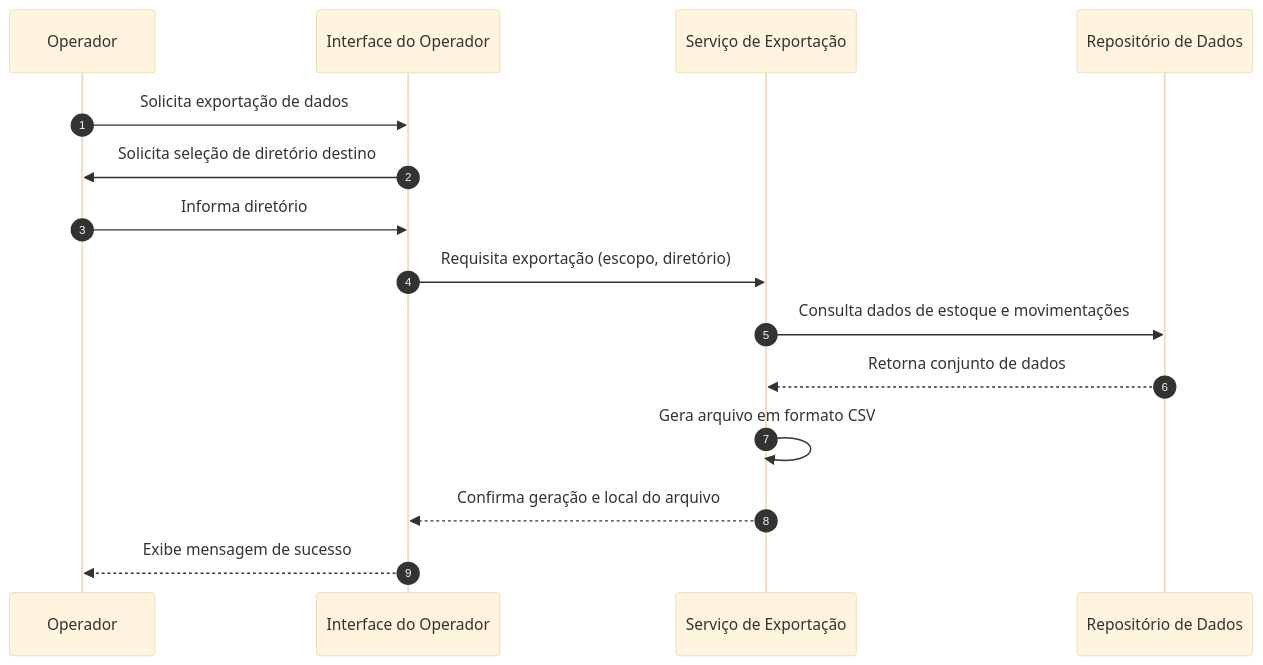
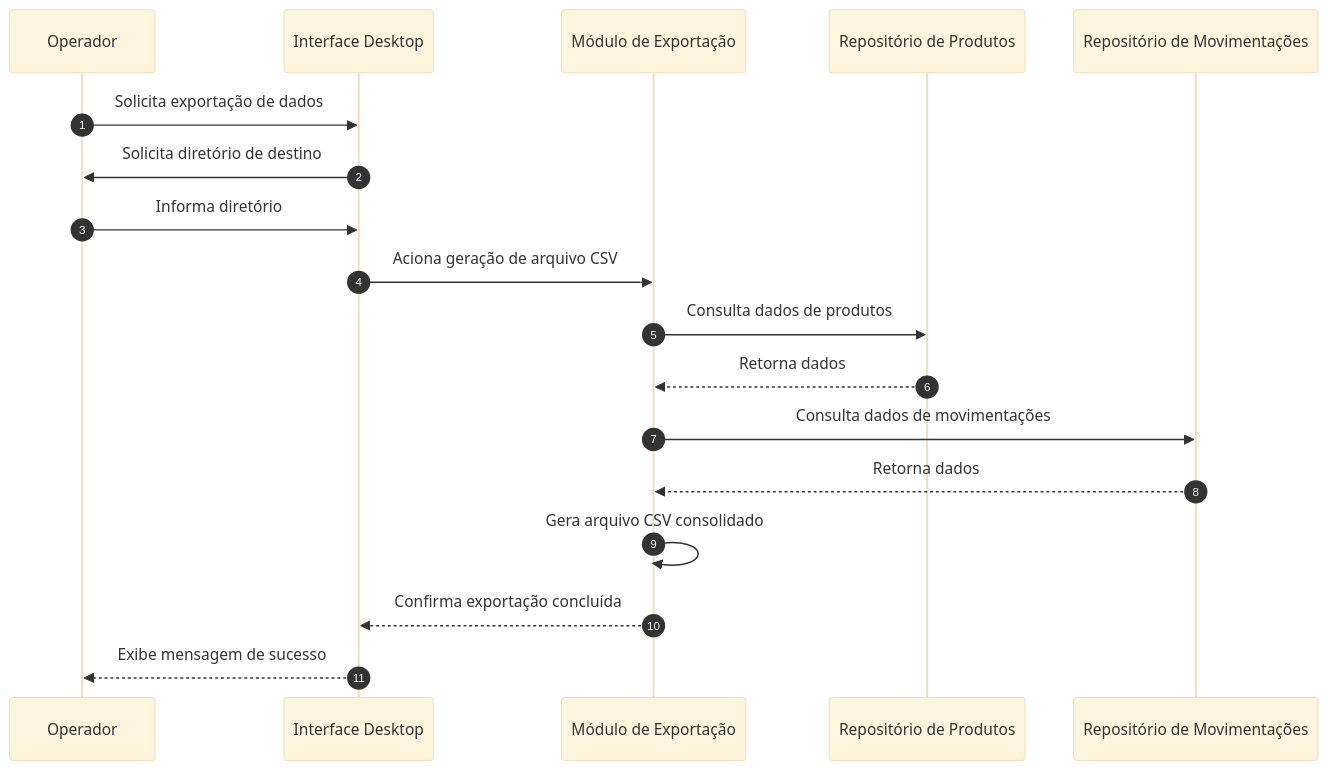
Before and after one commit to PDC-ESIA/AI4ES: the third of 3 diagrams in docs/Time_2_Design/analise-qualitativa/outputs/relatorio_claude_sonnet_5_P03.md, drawn with Mermaid (base theme). The commit also changed other lines of this file and 107 other files, not shown here.

````diff
--- a/docs/Time_2_Design/analise-qualitativa/outputs/relatorio_claude_sonnet_5_P03.md
+++ b/docs/Time_2_Design/analise-qualitativa/outputs/relatorio_claude_sonnet_5_P03.md
@@ -101,18 +120,21 @@
 ```mermaid
 sequenceDiagram
     autonumber
     participant Operador
-    participant UI as Interface do Operador
-    participant EXPORT as Serviço de Exportação
-    participant REPO as Repositório de Dados
+    participant UI as Interface Desktop
+    participant EXPORT as Módulo de Exportação
+    participant REPO_PROD as Repositório de Produtos
+    participant REPO_MOV as Repositório de Movimentações
 
     Operador->>UI: Solicita exportação de dados
-    UI->>Operador: Solicita seleção de diretório destino
+    UI->>Operador: Solicita diretório de destino
     Operador->>UI: Informa diretório
-    UI->>EXPORT: Requisita exportação (escopo, diretório)
-    EXPORT->>REPO: Consulta dados de estoque e movimentações
-    REPO-->>EXPORT: Retorna conjunto de dados
-    EXPORT->>EXPORT: Gera arquivo em formato CSV
-    EXPORT-->>UI: Confirma geração e local do arquivo
+    UI->>EXPORT: Aciona geração de arquivo CSV
+    EXPORT->>REPO_PROD: Consulta dados de produtos
+    REPO_PROD-->>EXPORT: Retorna dados
+    EXPORT->>REPO_MOV: Consulta dados de movimentações
+    REPO_MOV-->>EXPORT: Retorna dados
+    EXPORT->>EXPORT: Gera arquivo CSV consolidado
+    EXPORT-->>UI: Confirma exportação concluída
     UI-->>Operador: Exibe mensagem de sucesso
 ```
````
